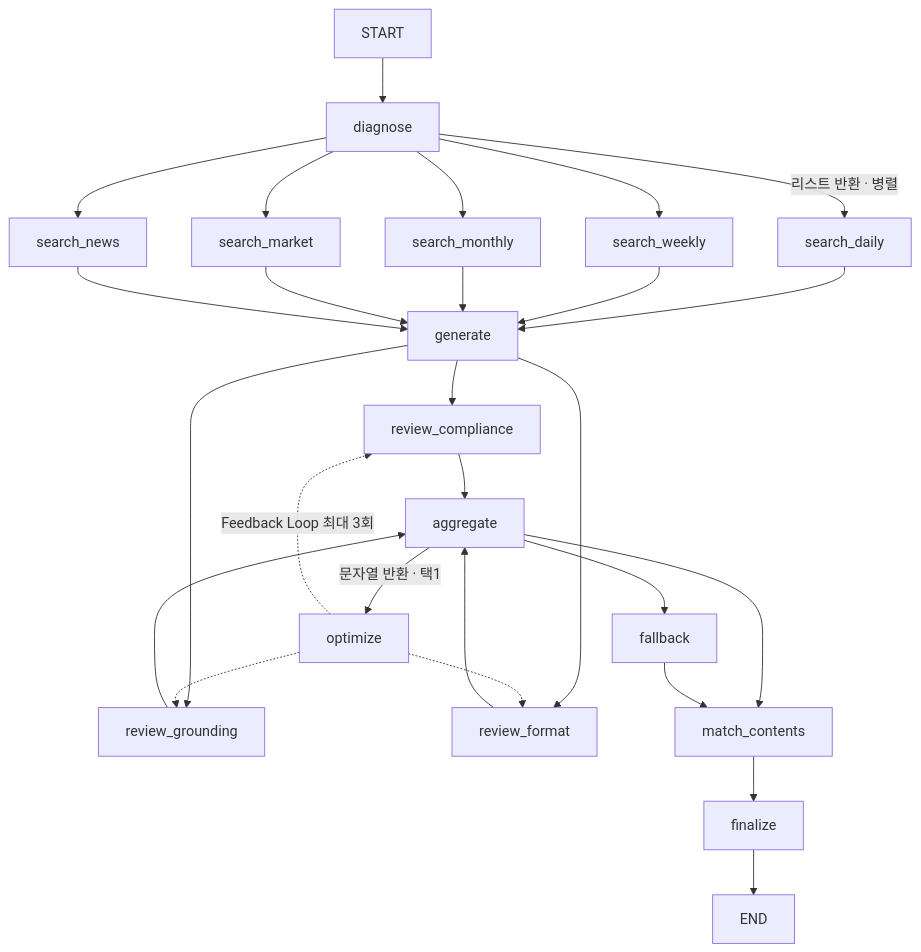
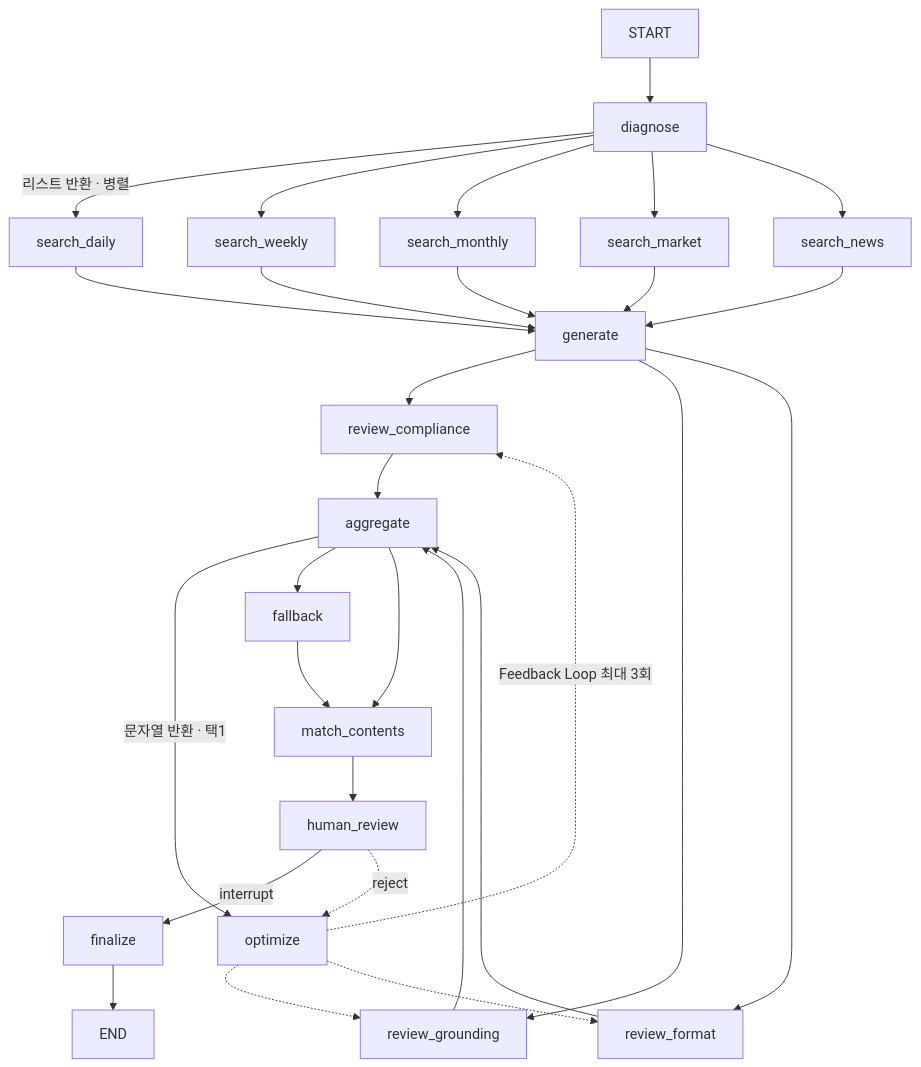
The diagram in README.md (YENA0512/DigitalPB-Briefing-Agent), drawn with Mermaid before and after one commit. The commit also changed other lines of this file and 57 other files, not shown here.

````diff
--- a/README.md
+++ b/README.md
@@ -119,29 +79,31 @@
 ```mermaid
 graph TD
     START --> diagnose
     diagnose -->|리스트 반환 · 병렬| SD[search_daily]
     diagnose --> SW[search_weekly]
     diagnose --> SM[search_monthly]
     diagnose --> SK[search_market]
     diagnose --> SN[search_news]
     SD --> generate
     SW --> generate
     SM --> generate
     SK --> generate
     SN --> generate
     generate --> RC[review_compliance]
     generate --> RG[review_grounding]
     generate --> RF[review_format]
     RC --> aggregate
     RG --> aggregate
     RF --> aggregate
     aggregate -->|문자열 반환 · 택1| optimize
     aggregate --> fallback
     aggregate --> match_contents
     optimize -.->|Feedback Loop 최대 3회| RC
     optimize -.-> RG
     optimize -.-> RF
     fallback --> match_contents
-    match_contents --> finalize
+    match_contents --> human_review
+    human_review -->|interrupt| finalize
+    human_review -.->|reject| optimize
     finalize --> END
 ```
````
